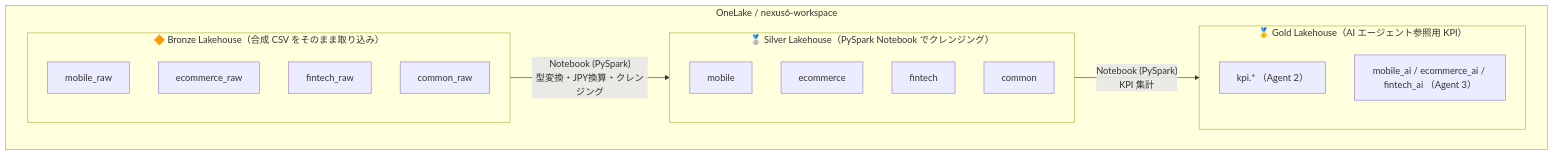
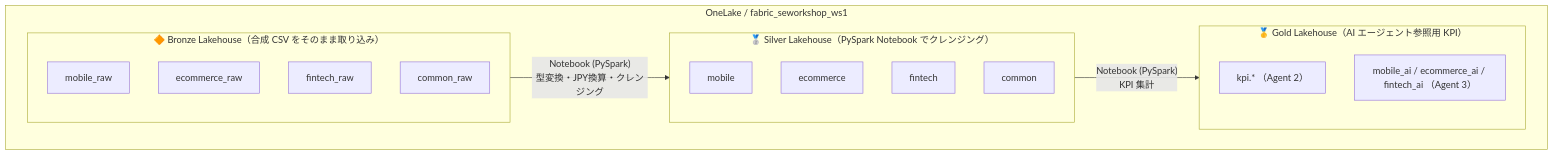
Before and after one commit to Takas0522/nexus6-se-workshop: the first of 2 diagrams in docs/dev-plan/06-fabric-data-ingestion.md, drawn with Mermaid. The commit also changed 4 other files, not shown here.

````diff
--- a/docs/dev-plan/06-fabric-data-ingestion.md
+++ b/docs/dev-plan/06-fabric-data-ingestion.md
@@ -23,23 +23,23 @@
 ```mermaid
 graph TD
-    subgraph OL["OneLake / nexus6-workspace"]
+    subgraph OL["OneLake / fabric_seworkshop_ws1"]
         subgraph Bronze["🔶 Bronze Lakehouse（合成 CSV をそのまま取り込み）"]
             B1[mobile_raw]
             B2[ecommerce_raw]
             B3[fintech_raw]
             B4[common_raw]
         end
         subgraph Silver["🥈 Silver Lakehouse（PySpark Notebook でクレンジング）"]
             S1[mobile]
             S2[ecommerce]
             S3[fintech]
             S4[common]
         end
         subgraph Gold["🥇 Gold Lakehouse（AI エージェント参照用 KPI）"]
             G1["kpi.* （Agent 2）"]
             G2["mobile_ai / ecommerce_ai / fintech_ai （Agent 3）"]
         end
     end
     Bronze -->|"Notebook (PySpark)\n型変換・JPY換算・クレンジング"| Silver
     Silver -->|"Notebook (PySpark)\nKPI 集計"| Gold
 ```
````
